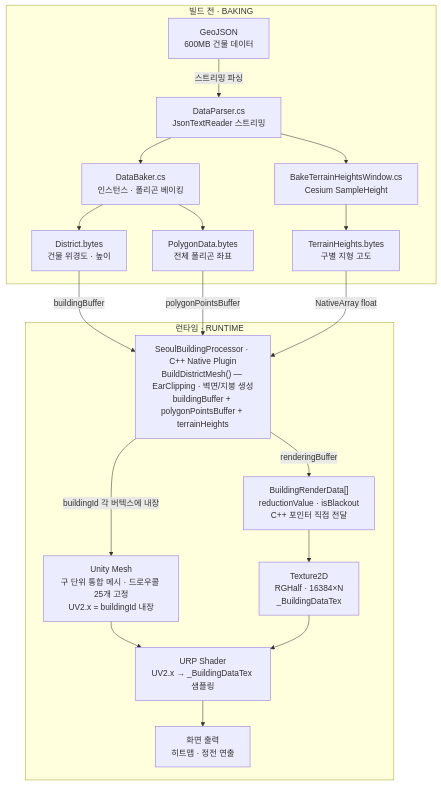
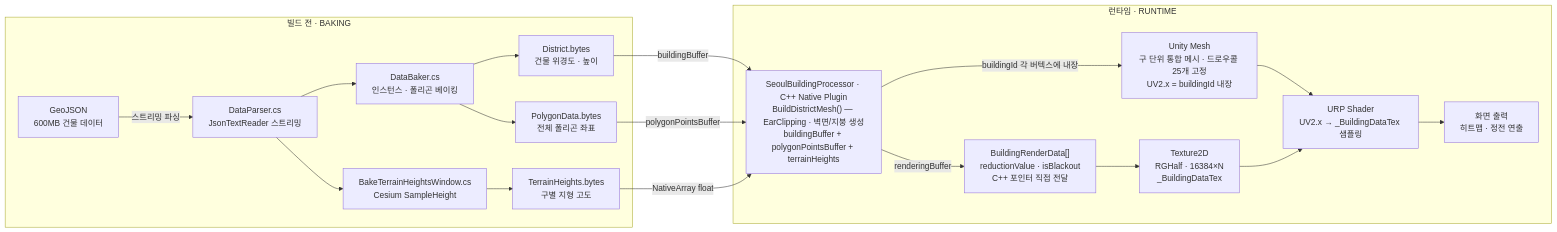
One commit to byby3534/SmartCity changed the diagram in README.md. Above: the diagram before and after it, drawn with Mermaid.

Commit message:
Fix rendering pipeline flowchart orientation
Updated rendering pipeline diagram in README.

````diff
--- a/README.md
+++ b/README.md
@@ -97,39 +97,39 @@
 ```mermaid
-flowchart TD
+flowchart LR
     subgraph BAKING["빌드 전 · BAKING"]
         GeoJSON["GeoJSON\n600MB 건물 데이터"]
         Parser["DataParser.cs\nJsonTextReader 스트리밍"]
         Baker["DataBaker.cs\n인스턴스 · 폴리곤 베이킹"]
         TerrainBaker["BakeTerrainHeightsWindow.cs\nCesium SampleHeight"]
         DistrictBytes["District.bytes\n건물 위경도 · 높이"]
         PolygonBytes["PolygonData.bytes\n전체 폴리곤 좌표"]
         TerrainBytes["TerrainHeights.bytes\n구별 지형 고도"]
 
         GeoJSON -->|스트리밍 파싱| Parser
         Parser --> Baker
         Parser --> TerrainBaker
         Baker --> DistrictBytes
         Baker --> PolygonBytes
         TerrainBaker --> TerrainBytes
     end
 
     subgraph RUNTIME["런타임 · RUNTIME"]
         CPP["SeoulBuildingProcessor · C++ Native Plugin\nBuildDistrictMesh() — EarClipping · 벽면/지붕 생성\nbuildingBuffer + polygonPointsBuffer + terrainHeights"]
         Mesh["Unity Mesh\n구 단위 통합 메시 · 드로우콜 25개 고정\nUV2.x = buildingId 내장"]
         RenderBuf["BuildingRenderData[]\nreductionValue · isBlackout\nC++ 포인터 직접 전달"]
         Tex["Texture2D\nRGHalf · 16384×N\n_BuildingDataTex"]
         Shader["URP Shader\nUV2.x → _BuildingDataTex 샘플링"]
         Output["화면 출력\n히트맵 · 정전 연출"]
 
         CPP -->|buildingId 각 버텍스에 내장| Mesh
         CPP -->|renderingBuffer| RenderBuf
         RenderBuf --> Tex
         Mesh --> Shader
         Tex --> Shader
         Shader --> Output
     end
 
     DistrictBytes -->|buildingBuffer| CPP
     PolygonBytes -->|polygonPointsBuffer| CPP
     TerrainBytes -->|NativeArray float| CPP
 ```
````
